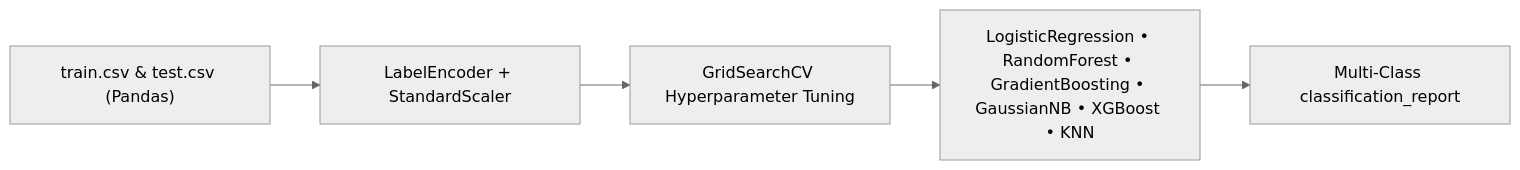
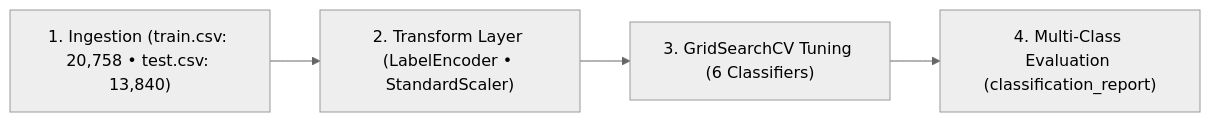
One commit to islamsamyy/Multi-Class-Prediction-of-Obesity-Risk changed the diagram in README.md. Above: the diagram before and after it, drawn with Mermaid (neutral theme). The commit also changed other lines of this file, not shown here.

Commit message:
docs: add ultra-detailed architecture, schemas, visual showcase, APIs, and business ROI

````diff
--- a/README.md
+++ b/README.md
@@ -11,7 +19,6 @@
 ```mermaid
 flowchart LR
-    Data["train.csv & test.csv (Pandas)"] --> Prep["LabelEncoder + StandardScaler"]
-    Prep --> Tune["GridSearchCV Hyperparameter Tuning"]
-    Tune --> Models["LogisticRegression • RandomForest • GradientBoosting • GaussianNB • XGBoost • KNN"]
-    Models --> Eval["Multi-Class classification_report"]
+    L1["1. Ingestion (train.csv: 20,758 • test.csv: 13,840)"] --> L2["2. Transform Layer (LabelEncoder • StandardScaler)"]
+    L2 --> L3["3. GridSearchCV Tuning (6 Classifiers)"]
+    L3 --> L4["4. Multi-Class Evaluation (classification_report)"]
 ```
````
